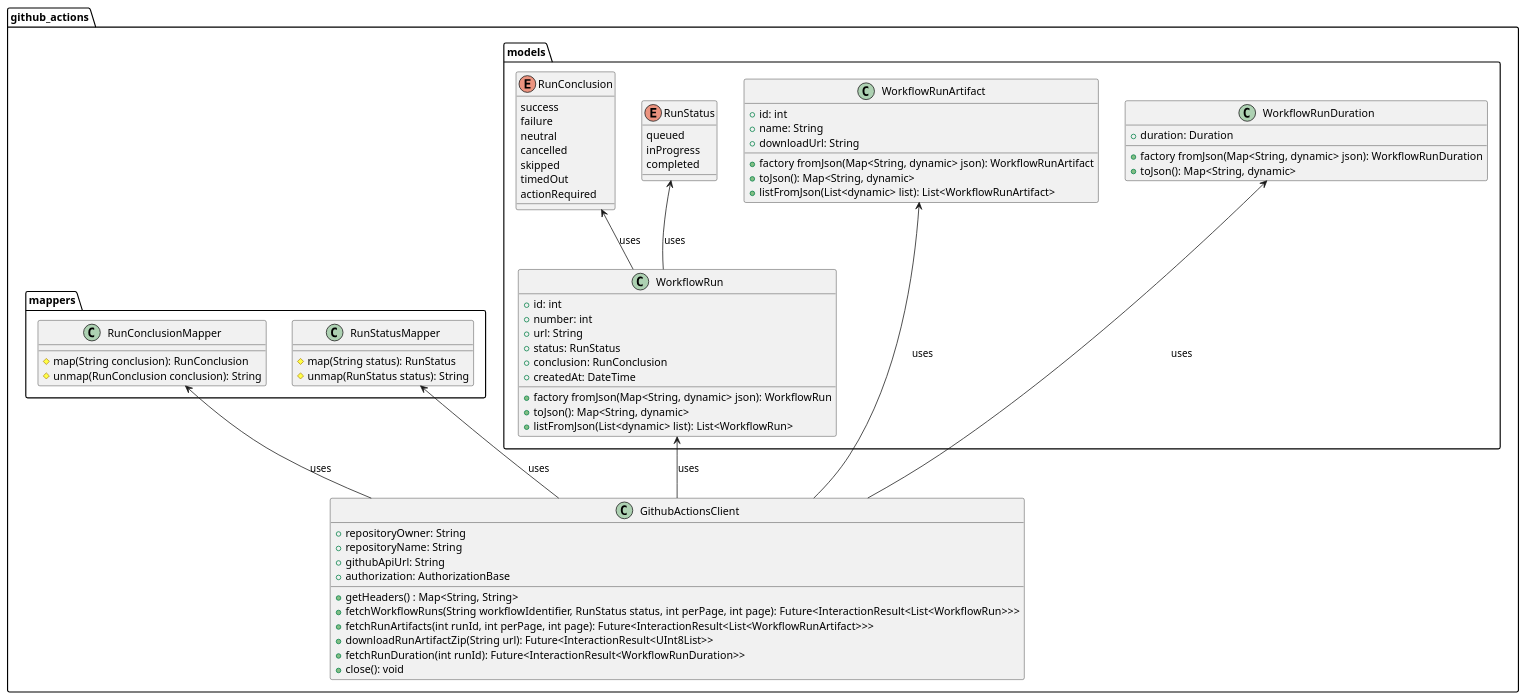
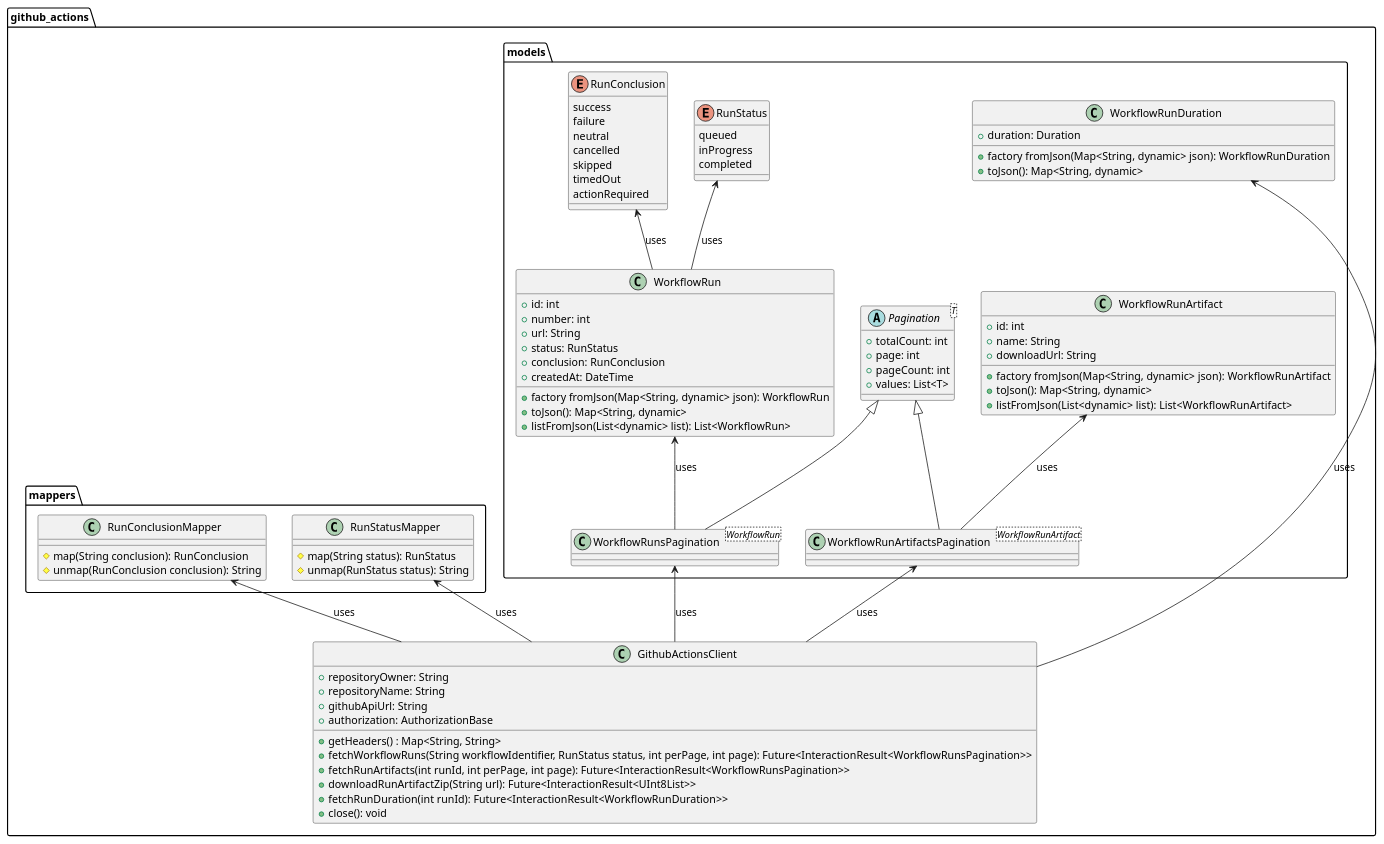
Before and after one commit to Flank/flank-dashboard: the diagram in metrics/ci_integrations/docs/github_actions/diagrams/github_actions_client_class_diagram.puml, drawn with PlantUML.

Commit message:
Add Pagination interface, add WorkflowRunsPagination, WorkflowRunArtifactsPagination

```diff
--- a/metrics/ci_integrations/docs/github_actions/diagrams/github_actions_client_class_diagram.puml
+++ b/metrics/ci_integrations/docs/github_actions/diagrams/github_actions_client_class_diagram.puml
@@ -1,94 +1,107 @@
 @startuml
 
 package github_actions <<Folder>> {
 
     package models <<Folder>> {
+
+        abstract class Pagination<T> {
+            +totalCount: int
+            +page: int
+            +pageCount: int
+            +values: List<T>
+        }
+
+        class WorkflowRunsPagination<WorkflowRun> extends Pagination
+
+        class WorkflowRunArtifactsPagination<WorkflowRunArtifact> extends Pagination
 
         class WorkflowRun {
             +id: int
             +number: int
             +url: String
             +status: RunStatus
             +conclusion: RunConclusion
             +createdAt: DateTime
 
             +factory fromJson(Map<String, dynamic> json): WorkflowRun
             +toJson(): Map<String, dynamic>
             +listFromJson(List<dynamic> list): List<WorkflowRun>
         }
 
         class WorkflowRunArtifact {
             +id: int
             +name: String
             +downloadUrl: String
 
            +factory fromJson(Map<String, dynamic> json): WorkflowRunArtifact
            +toJson(): Map<String, dynamic>
            +listFromJson(List<dynamic> list): List<WorkflowRunArtifact>
         }
 
         class WorkflowRunDuration {
             +duration: Duration
 
             +factory fromJson(Map<String, dynamic> json): WorkflowRunDuration
             +toJson(): Map<String, dynamic>
         }
 
 
         enum RunStatus {
             queued
             inProgress
             completed
         }
 
         enum RunConclusion {
             success
             failure
             neutral
             cancelled
             skipped
             timedOut
             actionRequired
         }
 
     }
 
     package mappers <<Folder>> {
         class RunConclusionMapper {
             #map(String conclusion): RunConclusion
             #unmap(RunConclusion conclusion): String
         }
 
         class RunStatusMapper {
             #map(String status): RunStatus
             #unmap(RunStatus status): String
         }
 
     }
 
 
     class GithubActionsClient {
         +repositoryOwner: String
         +repositoryName: String
         +githubApiUrl: String
         +authorization: AuthorizationBase
 
         +getHeaders() : Map<String, String>
-        +fetchWorkflowRuns(String workflowIdentifier, RunStatus status, int perPage, int page): Future<InteractionResult<List<WorkflowRun>>>
-        +fetchRunArtifacts(int runId, int perPage, int page): Future<InteractionResult<List<WorkflowRunArtifact>>>
+        +fetchWorkflowRuns(String workflowIdentifier, RunStatus status, int perPage, int page): Future<InteractionResult<WorkflowRunsPagination>>
+        +fetchRunArtifacts(int runId, int perPage, int page): Future<InteractionResult<WorkflowRunsPagination>>
         +downloadRunArtifactZip(String url): Future<InteractionResult<UInt8List>>
         +fetchRunDuration(int runId): Future<InteractionResult<WorkflowRunDuration>>
         +close(): void
     }
 }
 
 
-WorkflowRun <-- GithubActionsClient : uses
 WorkflowRunDuration <-- GithubActionsClient : uses
-WorkflowRunArtifact <-- GithubActionsClient : uses
+WorkflowRunsPagination <-- GithubActionsClient : uses
+WorkflowRunArtifactsPagination <-- GithubActionsClient : uses
+WorkflowRun <-- WorkflowRunsPagination : uses
+WorkflowRunArtifact <-- WorkflowRunArtifactsPagination : uses
 RunStatusMapper <-- GithubActionsClient : uses
 RunConclusionMapper <-- GithubActionsClient : uses
 RunConclusion <-- WorkflowRun : uses
 RunStatus <-- WorkflowRun : uses
 
 @enduml
```
